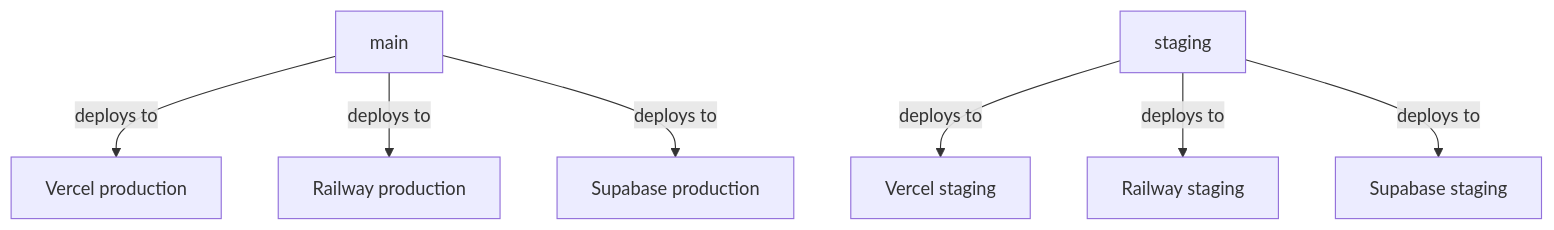
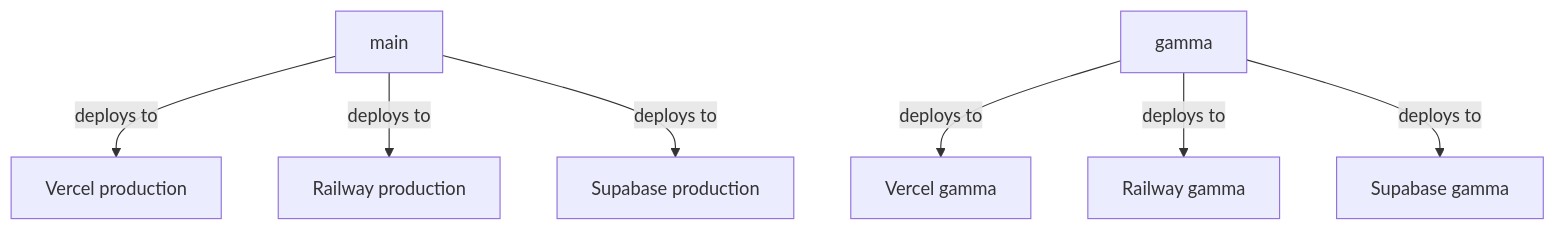
Before and after one commit to ruoliu2/InboxOS: the diagram in docs/deployment/deployment-architecture.md, drawn with Mermaid. The commit also changed other lines of this file and 3 other files, not shown here.

Commit message:
chore: rename staging branch to gamma

````diff
--- a/docs/deployment/deployment-architecture.md
+++ b/docs/deployment/deployment-architecture.md
@@ -12,9 +12,9 @@
 ```mermaid
 graph TD
   A1["main"] -->|deploys to| B1["Vercel production"]
   A1 -->|deploys to| B2["Railway production"]
   A1 -->|deploys to| B3["Supabase production"]
-  A2["staging"] -->|deploys to| C1["Vercel staging"]
-  A2 -->|deploys to| C2["Railway staging"]
-  A2 -->|deploys to| C3["Supabase staging"]
+  A2["gamma"] -->|deploys to| C1["Vercel gamma"]
+  A2 -->|deploys to| C2["Railway gamma"]
+  A2 -->|deploys to| C3["Supabase gamma"]
 ```
````
